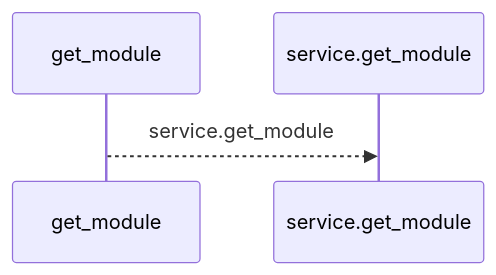
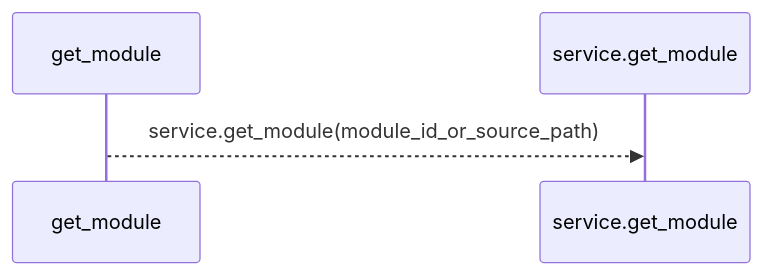
The first of 2 diagrams in docs/llm_wiki/flows/mcp-get_module.md (Denissvgn/python-wiki-llm), drawn with Mermaid before and after one commit. The commit also changed other lines of this file and 1410 other files, not shown here.

````diff
--- a/docs/llm_wiki/flows/mcp-get_module.md
+++ b/docs/llm_wiki/flows/mcp-get_module.md
@@ -10,6 +12,6 @@
 ```mermaid
 sequenceDiagram
     participant p0 as get_module
     participant p1 as service.get_module
-    p0-->>p1: service.get_module
+    p0-->>p1: service.get_module(module_id_or_source_path)
 ```
````
